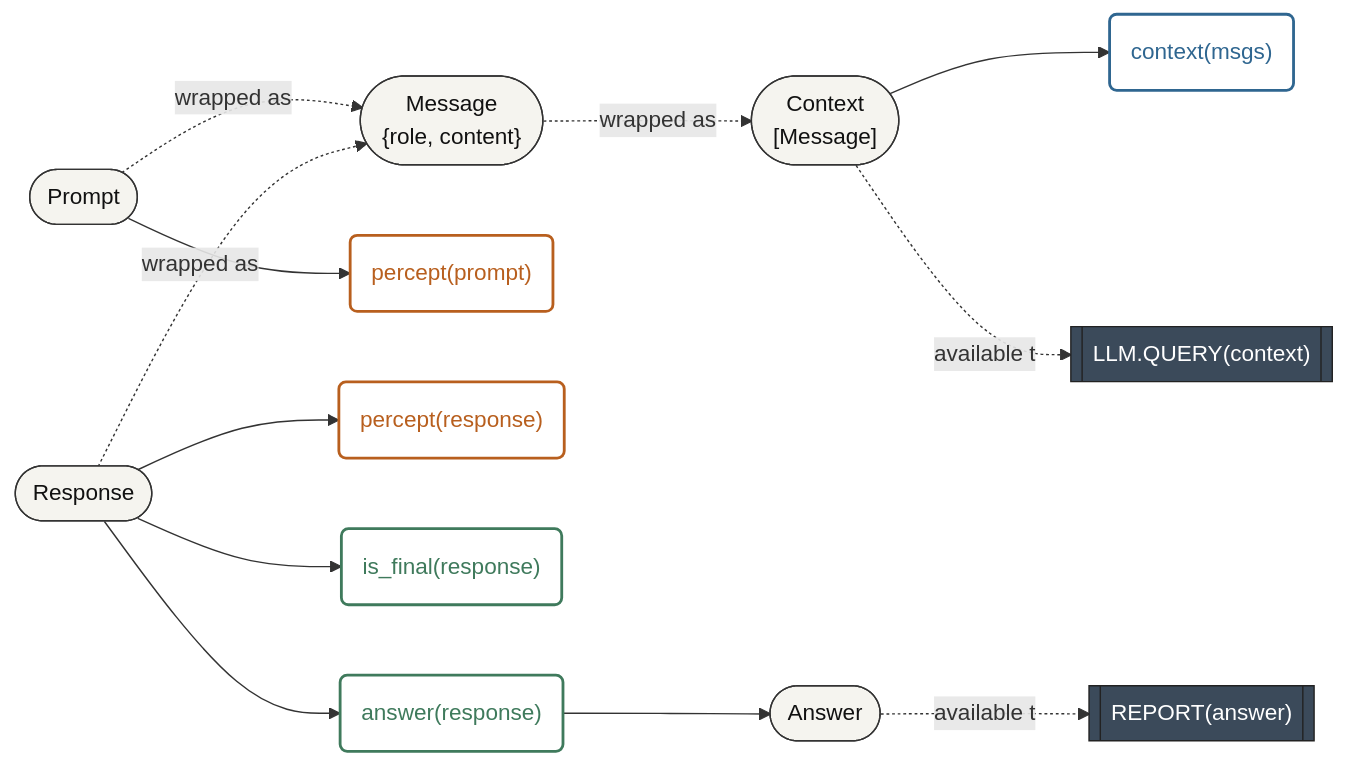
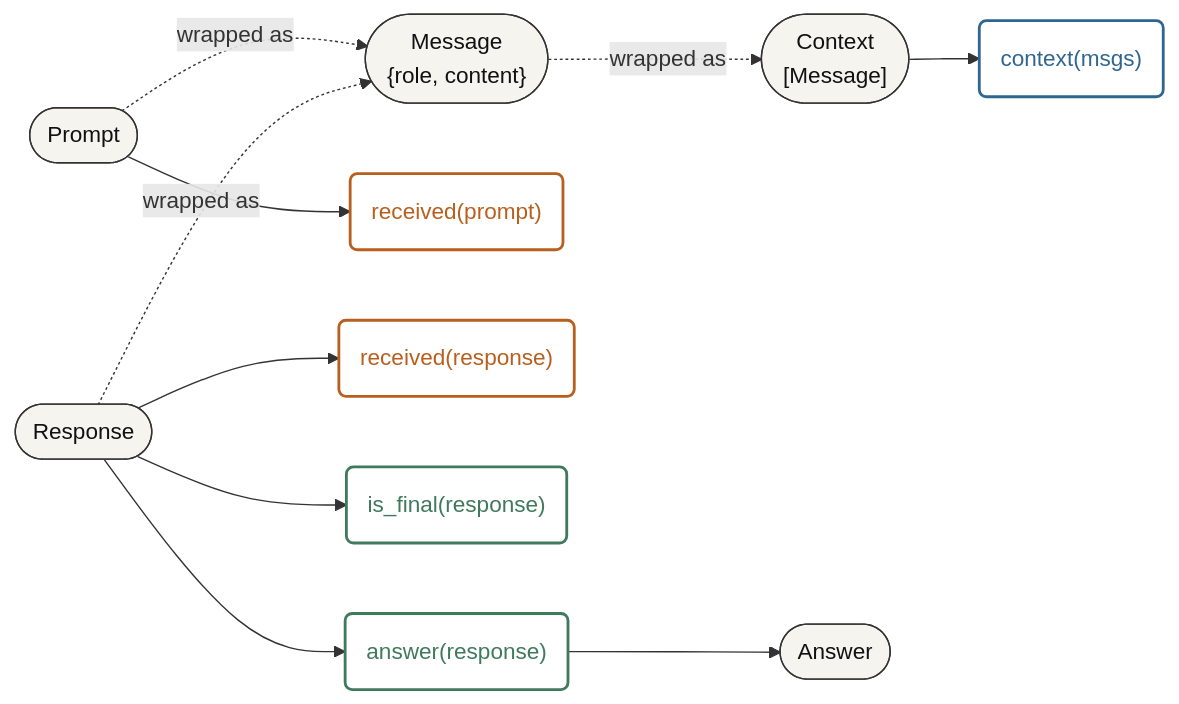
Before and after one commit to thompsonson/intelligent_agents: the first of 2 diagrams in documentation/agent-design-process/blog.md, drawn with Mermaid. The commit also changed other lines of this file, not shown here.

````diff
--- a/documentation/agent-design-process/blog.md
+++ b/documentation/agent-design-process/blog.md
@@ -107,35 +109,30 @@
 ```mermaid
 graph LR
     classDef type fill:#f5f4ef,stroke:#333,stroke-width:1px,color:#111
-    classDef action fill:#3b4a5a,stroke:#222,stroke-width:1px,color:#fff
     classDef exo stroke:#b85f1e,color:#b85f1e,fill:#fff,stroke-width:2px
     classDef ctrl stroke:#2f6690,color:#2f6690,fill:#fff,stroke-width:2px
     classDef der stroke:#3f7a5c,color:#3f7a5c,fill:#fff,stroke-width:2px
 
     Prompt(["Prompt"]):::type
     Message(["Message<br/>{role, content}"]):::type
     Context(["Context<br/>[Message]"]):::type
     Response(["Response"]):::type
     Answer(["Answer"]):::type
-    QUERY[["LLM.QUERY(context)"]]:::action
-    REPORT[["REPORT(answer)"]]:::action
 
-    PerceptPrompt("percept(prompt)"):::exo
-    PerceptResponse("percept(response)"):::exo
+    ReceivedPrompt("received(prompt)"):::exo
+    ReceivedResponse("received(response)"):::exo
     ContextPred("context(msgs)"):::ctrl
     IsFinal("is_final(response)"):::der
     AnswerPred("answer(response)"):::der
 
-    Prompt --> PerceptPrompt
-    Response --> PerceptResponse
+    Prompt --> ReceivedPrompt
+    Response --> ReceivedResponse
     Context --> ContextPred
     Response --> IsFinal
     Response --> AnswerPred
     AnswerPred --> Answer
 
     Prompt -.wrapped as.-> Message
     Response -.wrapped as.-> Message
     Message -.wrapped as.-> Context
-    Context -.available to.-> QUERY
-    Answer -.available to.-> REPORT
 ```
````
